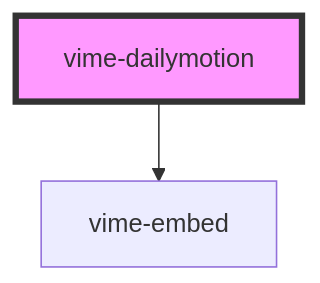
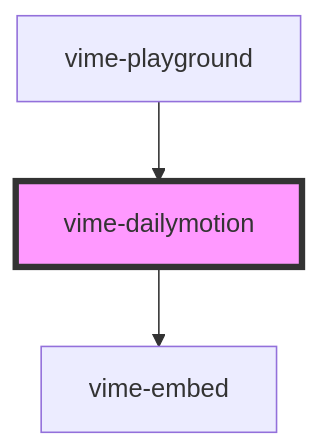
One commit to vime-js/vime changed the diagram in docs/docs/components/providers/dailymotion.md. Above: the diagram before and after it, drawn with Mermaid. The commit also changed other lines of this file and 37 other files, not shown here.

Commit message:
feat: new `vime-playground` component for testing and playing with vime

````diff
--- a/docs/docs/components/providers/dailymotion.md
+++ b/docs/docs/components/providers/dailymotion.md
@@ -164,5 +168,6 @@
 ```mermaid
 graph TD;
   vime-dailymotion --> vime-embed
+  vime-playground --> vime-dailymotion
   style vime-dailymotion fill:#f9f,stroke:#333,stroke-width:4px
 ```
````
